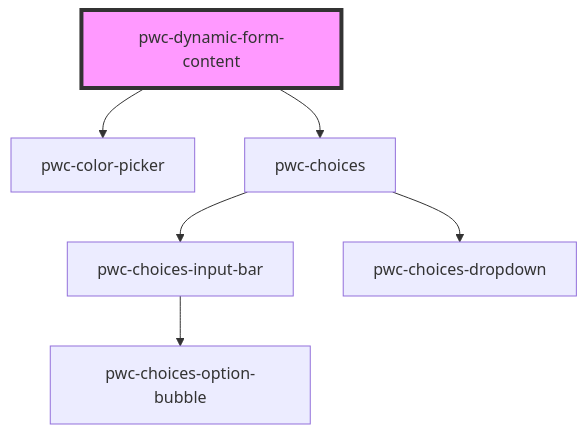
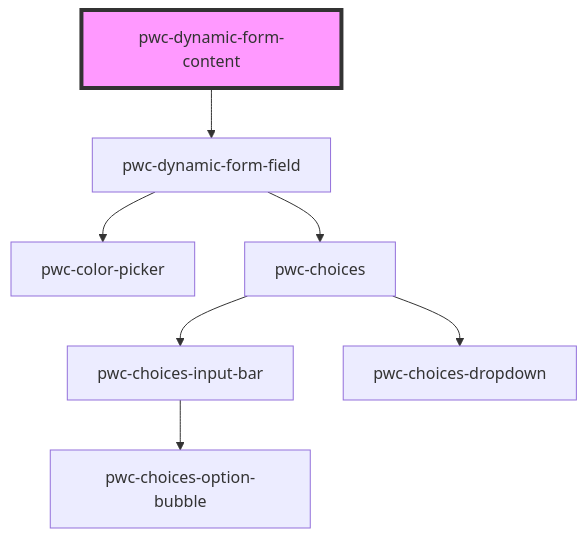
Before and after one commit to Paraboly/pwc-dynamic-form: the diagram in src/components/pwc-dynamic-form-content/readme.md, drawn with Mermaid. The commit also changed other lines of this file and 8 other files, not shown here.

Commit message:
split fields into a component, so the content is not responsible for field specific stuff

````diff
--- a/src/components/pwc-dynamic-form-content/readme.md
+++ b/src/components/pwc-dynamic-form-content/readme.md
@@ -63,9 +35,10 @@
 ```mermaid
 graph TD;
-  pwc-dynamic-form-content --> pwc-color-picker
-  pwc-dynamic-form-content --> pwc-choices
+  pwc-dynamic-form-content --> pwc-dynamic-form-field
+  pwc-dynamic-form-field --> pwc-color-picker
+  pwc-dynamic-form-field --> pwc-choices
   pwc-choices --> pwc-choices-input-bar
   pwc-choices --> pwc-choices-dropdown
   pwc-choices-input-bar --> pwc-choices-option-bubble
   style pwc-dynamic-form-content fill:#f9f,stroke:#333,stroke-width:4px
 ```
````
